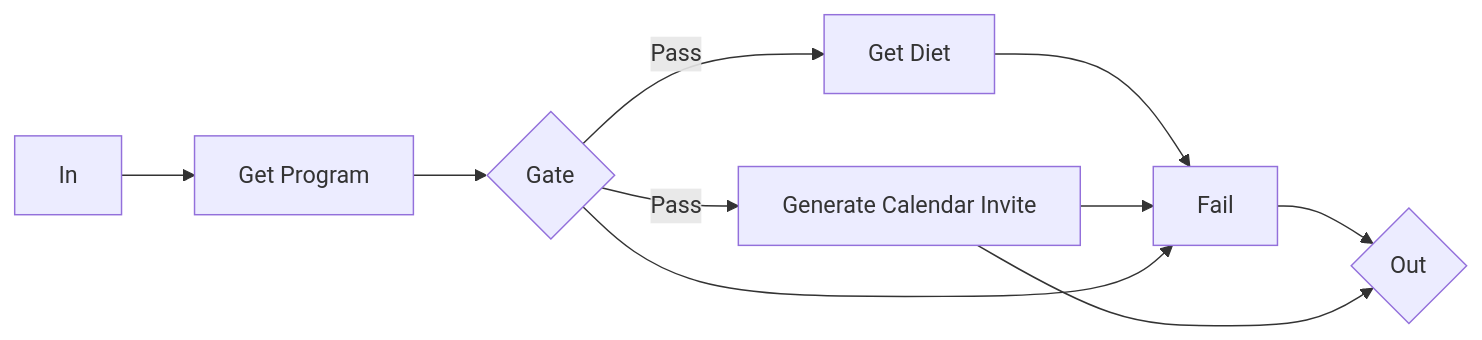
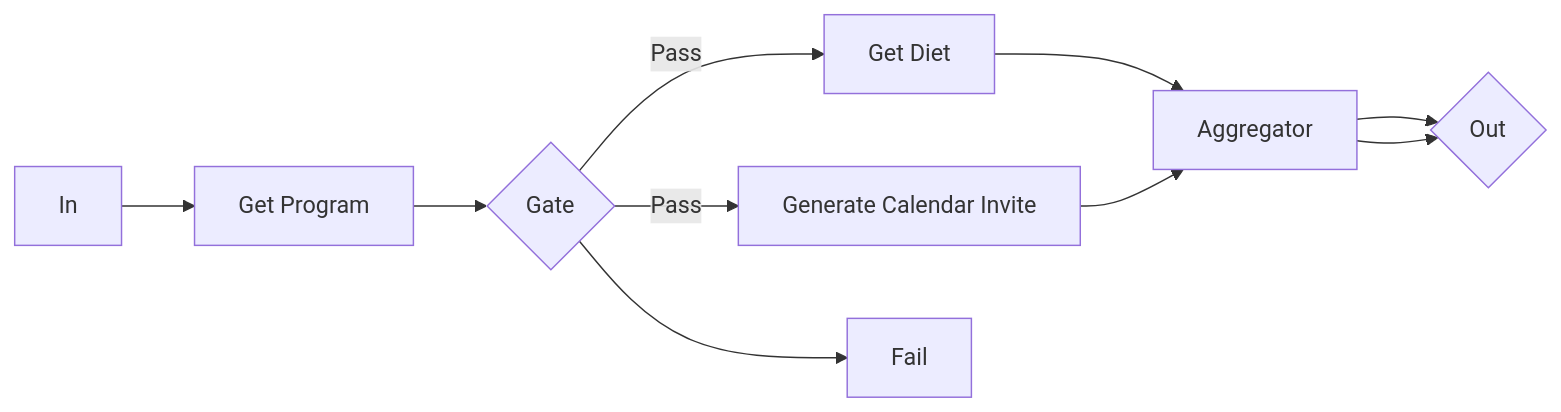
The diagram in AIAgent/README.md (0liv06/MachineLearning), drawn with Mermaid before and after one commit.

Commit message:
Added mermaid for workflow representation, refactored agent code by extracting model structure in its own file - WIP

````diff
--- a/AIAgent/README.md
+++ b/AIAgent/README.md
@@ -21,13 +21,13 @@
 ```mermaid
  flowchart LR
     A[In] --> B[Get Program]
     B --> C{Gate}
     C --> |Pass| D[Generate Calendar Invite]
     C --> |Pass| E[Get Diet]
     E --> F[Aggregator]
     D --> F[Aggregator]
     F --> G[Out]
-    C --> F[Fail]
-    D --> G{Out}
+    C --> H[Fail]
+    F --> G{Out}
     
  ```
````
